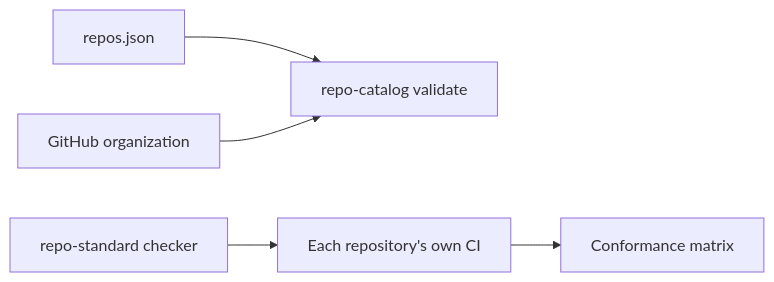
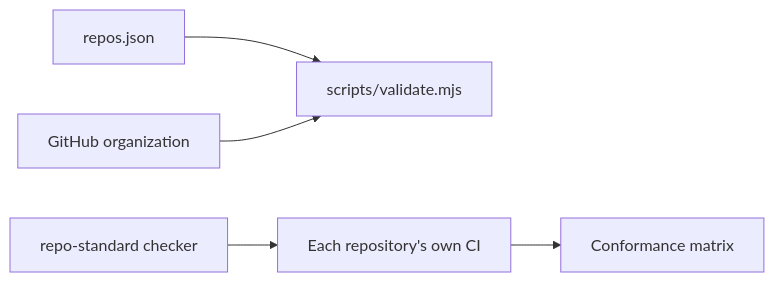
Before and after one commit to simpsonm09-org/simpsonm09-repo-catalog: the diagram in docs/architecture.md, drawn with Mermaid. The commit also changed 2 other files, not shown here.

First paragraph of the commit message:
docs(catalog): align approval policy with committed ruleset
The protect-main ruleset file in repo-standard requires one approval.
The policy said the count was 0, so propose looked unreal. The text
now says what the committed file says.

````diff
--- a/docs/architecture.md
+++ b/docs/architecture.md
@@ -6,7 +6,7 @@
 ```mermaid
 flowchart LR
-    Roster["repos.json"] --> Catalog["repo-catalog validate"]
+    Roster["repos.json"] --> Catalog["scripts/validate.mjs"]
     Org["GitHub organization"] --> Catalog
     Standard["repo-standard checker"] --> Repo["Each repository's own CI"]
     Repo --> Report["Conformance matrix"]
 ```
````
